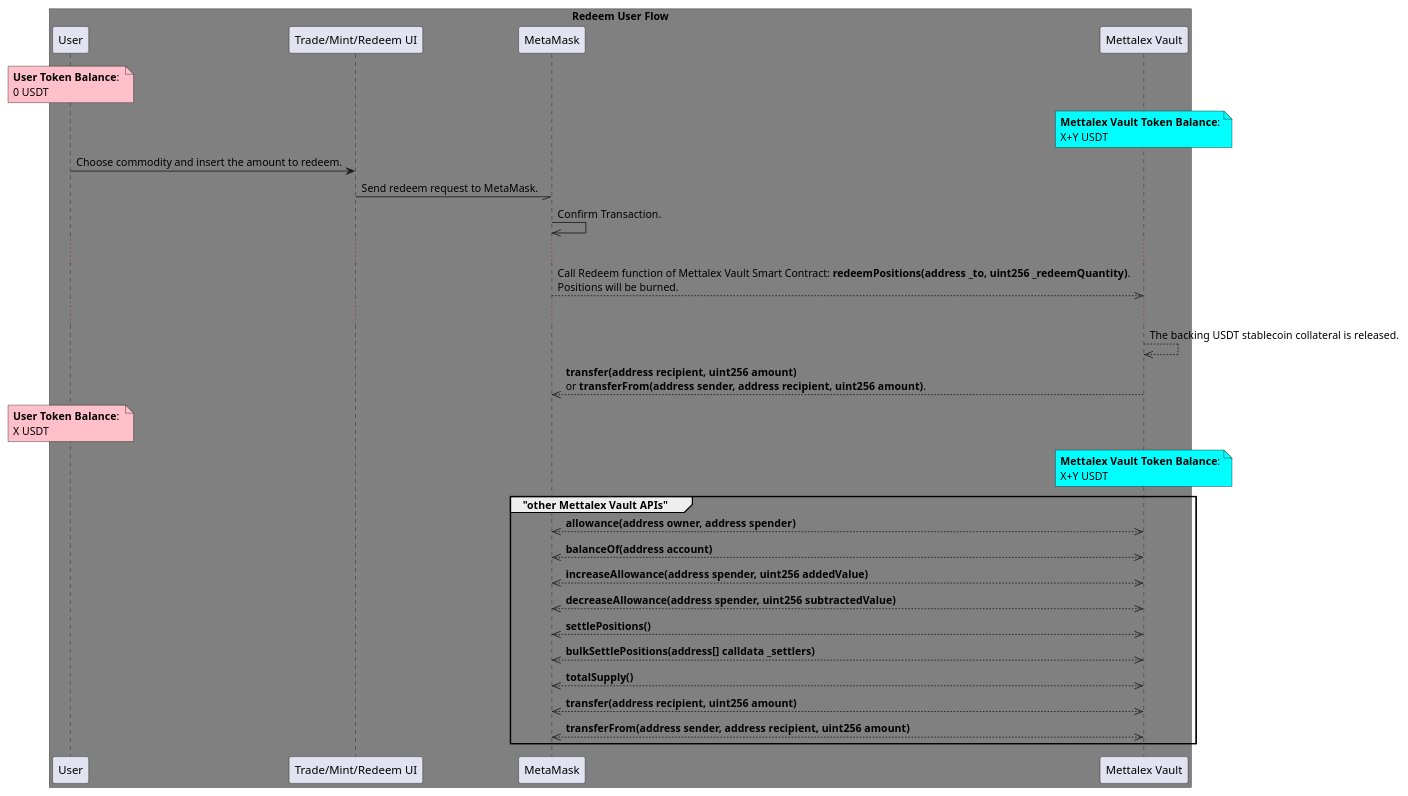
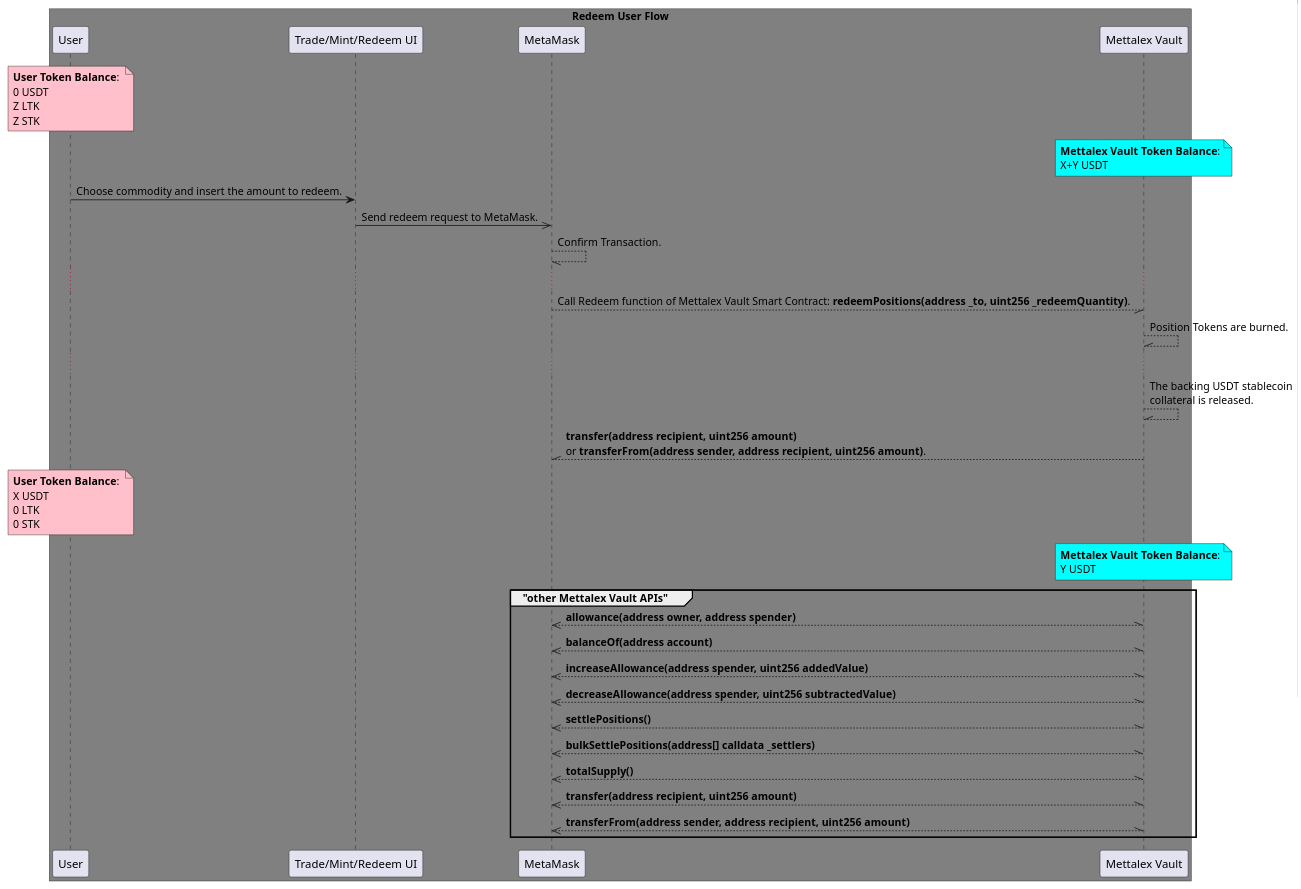
The diagram in PlantUML and png diagrams/Redeem APIs.puml (fetchai/mettalex-documentation), drawn with PlantUML before and after one commit. The commit also changed 4 other files, not shown here.

Commit message:
PlantUML Diagrams

```diff
--- a/PlantUML and png diagrams/Redeem APIs.puml
+++ b/PlantUML and png diagrams/Redeem APIs.puml
@@ -1,39 +1,40 @@
 @startuml
 
 box "Redeem User Flow" #grey
 participant "User" as user
 participant "Trade/Mint/Redeem UI" as UI
 participant "MetaMask" as MM
 participant "Mettalex Vault" as MV
 
 end box
 
-note over user #pink: **User Token Balance**: \n0 USDT
+note over user #pink: **User Token Balance**: \n0 USDT \nZ LTK \nZ STK
 note over MV #aqua: **Mettalex Vault Token Balance**:\nX+Y USDT
 
 user -> UI: Choose commodity and insert the amount to redeem.
-UI -// MM: Send redeem request to MetaMask.
-MM ->> MM: Confirm Transaction.
+UI ->> MM: Send redeem request to MetaMask.
+MM --// MM: Confirm Transaction.
 ...
-MM -->> MV: Call Redeem function of Mettalex Vault Smart Contract: **redeemPositions(address _to, uint256 _redeemQuantity)**.\nPositions will be burned.
+MM --// MV: Call Redeem function of Mettalex Vault Smart Contract: **redeemPositions(address _to, uint256 _redeemQuantity)**.
+MV --\\ MV: Position Tokens are burned.
 ...
-MV -->> MV: The backing USDT stablecoin collateral is released.
-MV -->> MM: **transfer(address recipient, uint256 amount)**\nor **transferFrom(address sender, address recipient, uint256 amount)**.
+MV --\\ MV: The backing USDT stablecoin\ncollateral is released.
+MV --\\ MM: **transfer(address recipient, uint256 amount)**\nor **transferFrom(address sender, address recipient, uint256 amount)**.
 
-note over user #pink: **User Token Balance**: \nX USDT
-note over MV #aqua: **Mettalex Vault Token Balance**:\nX+Y USDT
+note over user #pink: **User Token Balance**: \nX USDT \n0 LTK \n0 STK
+note over MV #aqua: **Mettalex Vault Token Balance**:\nY USDT
 
 
 group "other Mettalex Vault APIs"
-MM <<-->> MV: **allowance(address owner, address spender)**
-MM <<-->> MV: **balanceOf(address account)**
-MM <<-->> MV: **increaseAllowance(address spender, uint256 addedValue)**
-MM <<-->> MV: **decreaseAllowance(address spender, uint256 subtractedValue)**
-MM <<-->> MV: **settlePositions()**
-MM <<-->> MV: **bulkSettlePositions(address[] calldata _settlers)**
-MM <<-->> MV: **totalSupply()**
-MM <<-->> MV: **transfer(address recipient, uint256 amount)**
-MM <<-->> MV: **transferFrom(address sender, address recipient, uint256 amount)**
+MM //--\\ MV: **allowance(address owner, address spender)**
+MM //--\\ MV: **balanceOf(address account)**
+MM //--\\ MV: **increaseAllowance(address spender, uint256 addedValue)**
+MM //--\\ MV: **decreaseAllowance(address spender, uint256 subtractedValue)**
+MM //--\\ MV: **settlePositions()**
+MM //--\\ MV: **bulkSettlePositions(address[] calldata _settlers)**
+MM //--\\ MV: **totalSupply()**
+MM //--\\ MV: **transfer(address recipient, uint256 amount)**
+MM //--\\ MV: **transferFrom(address sender, address recipient, uint256 amount)**
 
 end group
 @enduml
```
